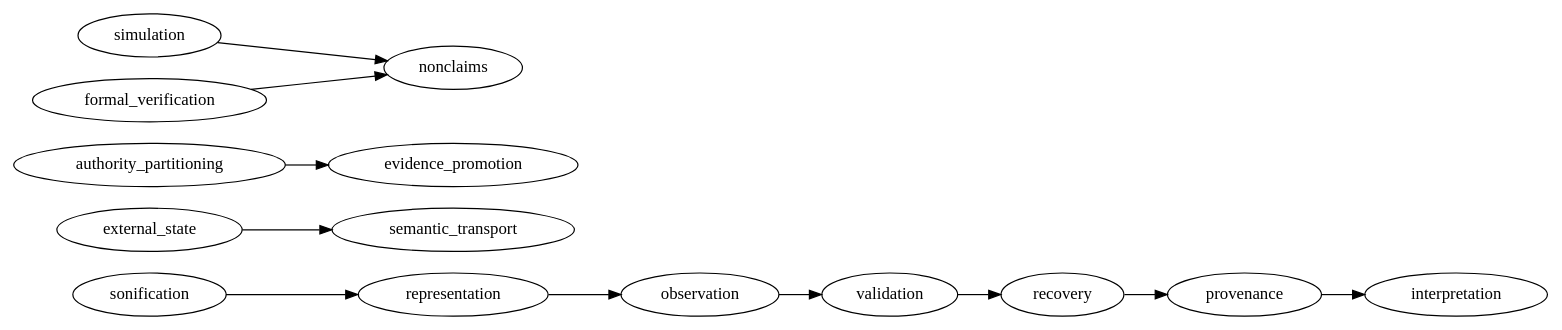
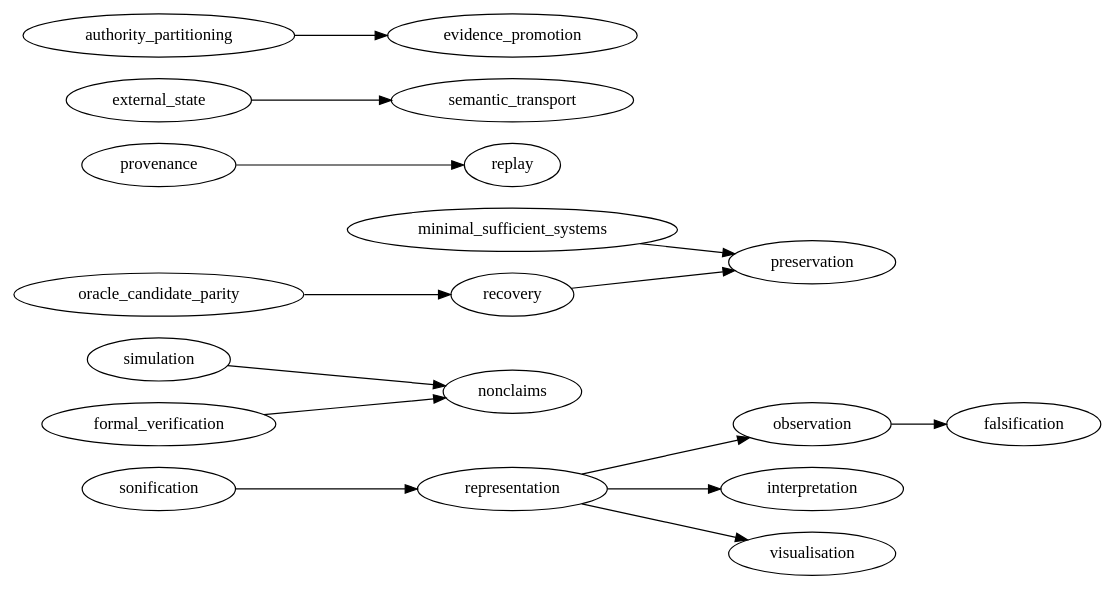
Before and after one commit to QSOLKCB/QSOL-SYNTHESIS: the diagram in figures/theme-network.dot, drawn with Graphviz. The commit also changed 44 other files, not shown here.

```diff
--- a/figures/theme-network.dot
+++ b/figures/theme-network.dot
@@ -1,14 +1,17 @@
 digraph ThemeNetwork {
   rankdir=LR;
   node [shape=ellipse];
-  representation -> observation;
-  observation -> validation;
-  validation -> recovery;
-  recovery -> provenance;
-  provenance -> interpretation;
+  observation -> falsification;
+  representation -> interpretation;
+  representation -> visualisation;
+  simulation -> nonclaims;
+  formal_verification -> nonclaims;
+  recovery -> preservation;
+  provenance -> replay;
   external_state -> semantic_transport;
   authority_partitioning -> evidence_promotion;
-  simulation -> nonclaims;
+  oracle_candidate_parity -> recovery;
   sonification -> representation;
-  formal_verification -> nonclaims;
+  minimal_sufficient_systems -> preservation;
+  representation -> observation;
 }
```
